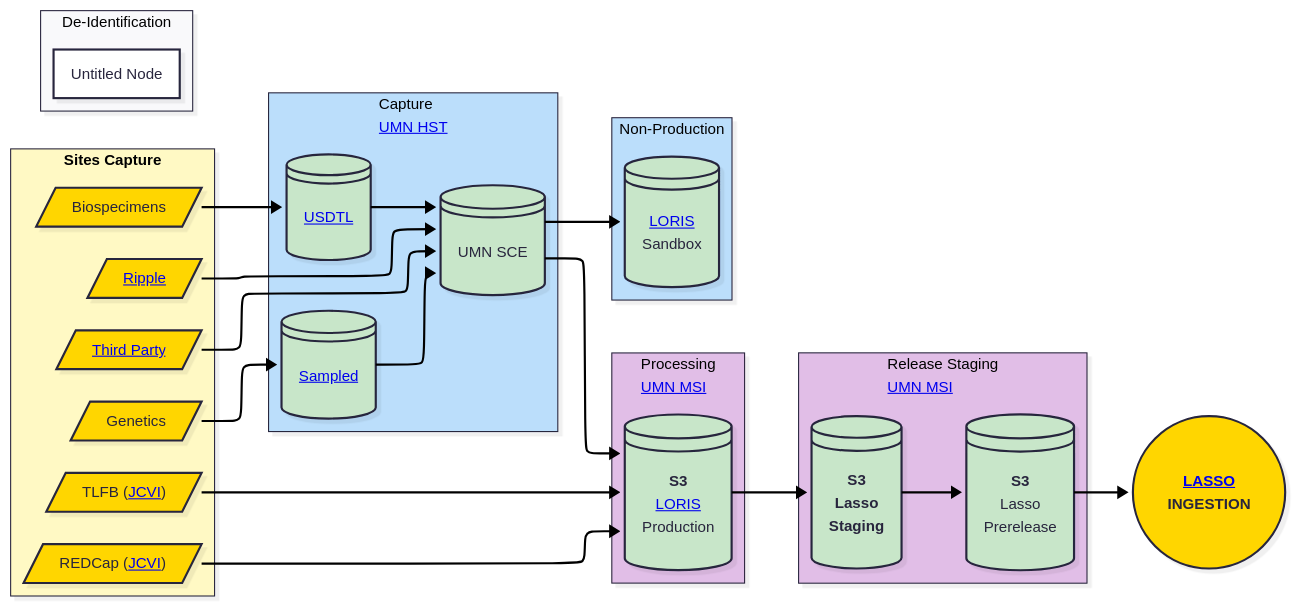
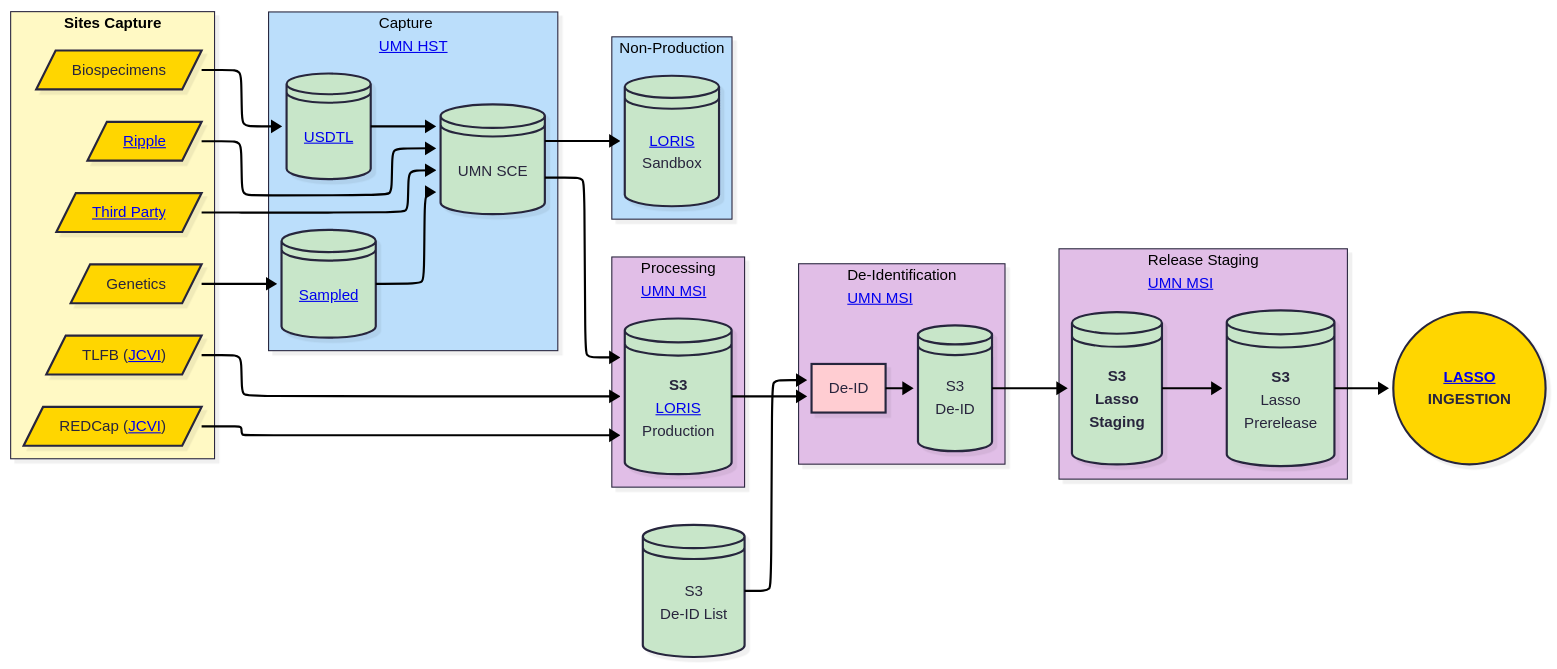
One commit to DCAN-Labs/hbcd-docs-internal changed the diagram in docs/workflows/mmd-files/tab-proc-wf.mmd. Above: the diagram before and after it, drawn with Mermaid. The commit also changed 2 other files, not shown here.

```diff
--- a/docs/workflows/mmd-files/tab-proc-wf.mmd
+++ b/docs/workflows/mmd-files/tab-proc-wf.mmd
@@ -1,78 +1,89 @@
 ---
 config:
   layout: elk
   look: neo
   theme: redux
 ---
 flowchart LR
  subgraph Capture_LORIS["<b>Sites Capture</b><br>"]
         n13@{ label: "REDCap (<a href=\"../../orgcharts/#j-craig-venter-institute\" rel=\"noopener\" target=\"_blank\">JCVI</a>)" }
         n14@{ label: "TLFB (<a href=\"../../orgcharts/#j-craig-venter-institute\" rel=\"noopener\" target=\"_blank\">JCVI</a>)" }
         n16@{ label: "<a href=\"../../orgcharts/#ripple\" rel=\"noopener\" target=\"_blank\">Ripple</a>" }
         n17@{ label: "<a href=\"../data-proc-wf/#third-party\" target=\"_top\">Third Party</a>" }
         n18["Biospecimens"]
         n19["Genetics"]
   end
  subgraph s1["Processing<br><a href=../../orgcharts/#midb-informatics-hub-msi rel=noopener target=_blank>UMN MSI</a>"]
         n15@{ label: "<b>S3</b><br><a href=\"../../orgcharts/#loris\" rel=\"noopener\" target=\"_blank\">LORIS</a><br>Production<br>" }
   end
  subgraph s2["Capture<br><a href=../../orgcharts/#health-sciences-technology rel=noopener target=_blank>UMN HST</a>"]
         n20@{ label: "<a href=\"https://sampled.com/\" rel=\"noopener\" target=\"_blank\">Sampled</a>" }
         n21["UMN SCE"]
         n22@{ label: "<a href=\"https://www.usdtl.com/\" rel=\"noopener\" target=\"_blank\">USDTL</a>" }
   end
  subgraph s3["Non-Production"]
         n23@{ label: "<a href=\"../../orgcharts/#loris\" rel=\"noopener\" target=\"_blank\">LORIS</a><br>Sandbox" }
   end
  subgraph s4["Release Staging<br><a href=../../orgcharts/#midb-informatics-hub-msi rel=noopener target=_blank>UMN MSI</a>"]
         n25@{ label: "<div style=\"color:\"><span style=\"background-color:\"><b>S3</b></span></div><div style=\"color:\"><span style=\"background-color:\"><font style=\"\"><b>Lasso<br>Staging</b></font></span></div>" }
         n26["<b>S3<br></b>Lasso<br>Prerelease<br>"]
   end
- subgraph s5["De-Identification"]
-        n28["Untitled Node"]
+ subgraph s5["De-Identification<br><a href=../../orgcharts/#midb-informatics-hub-msi rel=noopener target=_blank>UMN MSI</a>"]
+        n28["S3<br>De-ID"]
+        n29["De-ID"]
   end
     n13 --> n15
     n14 --> n15
     n16 --> n21
     n17 --> n21
     n19 --> n20
     n18 --> n22
     n20 --> n21
     n22 --> n21
     n21 --> n15 & n23
     n25 -- <br> --> n26
     n26 --> n27@{ label: "<a href=\"../../orgcharts/#lasso\" rel=\"noopener\" target=\"_blank\"><b>LASSO</b></a><br><b>INGESTION</b>" }
-    n15 --> n25
+    n15 --> n29
+    n28 --> n25
+    n29 --> n28
+    n30["S3<br>De-ID List"] --> n29
     n13@{ shape: lean-r}
     n14@{ shape: lean-r}
     n16@{ shape: lean-r}
     n17@{ shape: lean-r}
     n18@{ shape: lean-r}
     n19@{ shape: lean-r}
     n15@{ shape: disk}
     n20@{ shape: disk}
     n21@{ shape: disk}
     n22@{ shape: disk}
     n23@{ shape: disk}
     n25@{ shape: disk}
     n26@{ shape: disk}
+    n28@{ shape: disk}
+    n29@{ shape: rect}
     n27@{ shape: circle}
+    n30@{ shape: disk}
     style n13 fill:#FFD600
     style n14 fill:#FFD600
     style n16 fill:#FFD600
     style n17 fill:#FFD600
     style n18 fill:#FFD600
     style n19 fill:#FFD600
     style n15 fill:#C8E6C9
     style n20 fill:#C8E6C9
     style n21 fill:#C8E6C9
     style n22 fill:#C8E6C9
     style n23 fill:#C8E6C9
     style n25 fill:#C8E6C9
     style n26 fill:#C8E6C9
+    style n28 fill:#C8E6C9
+    style n29 fill:#FFCDD2
     style n27 fill:#FFD600
+    style n30 fill:#C8E6C9
     style Capture_LORIS fill:#FFF9C4
     style s1 fill:#E1BEE7
     style s2 fill:#BBDEFB
     style s3 fill:#BBDEFB
     style s4 fill:#E1BEE7
+    style s5 fill:#E1BEE7
```
